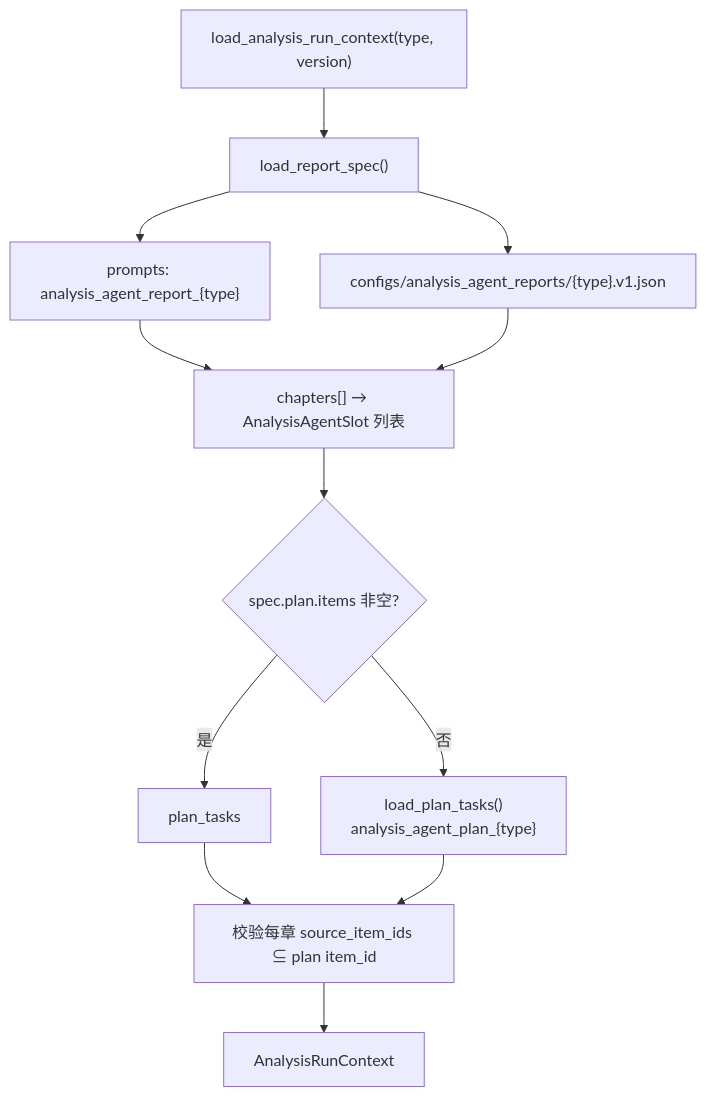
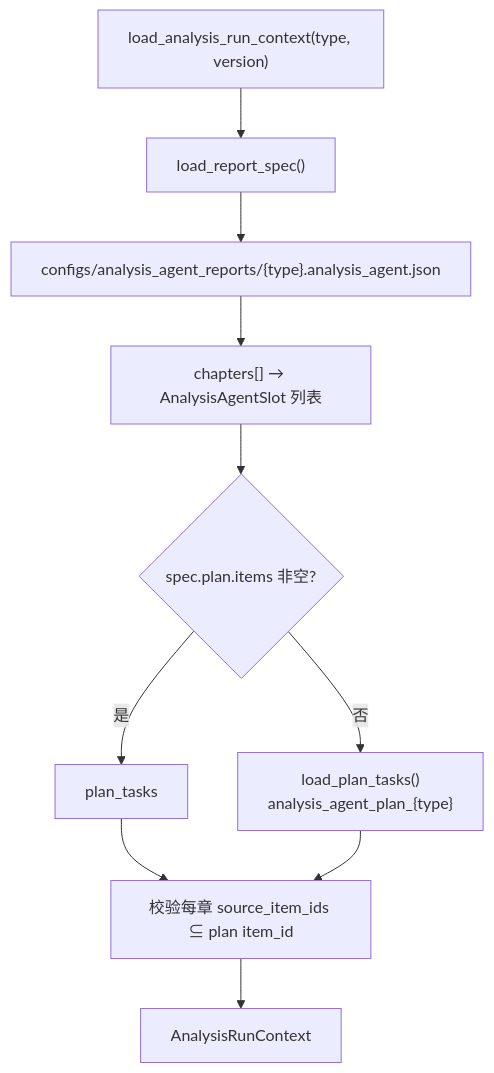
One commit to gaocf888/models_app_framework changed the second of 2 diagrams in enterprise-level_transformation_docs/综合分析智能体(analysis_agent)实现逻辑说明(代码).md. Above: the diagram before and after it, drawn with Mermaid. The commit also changed other lines of this file and 56 other files, not shown here.

````diff
--- a/enterprise-level_transformation_docs/综合分析智能体(analysis_agent)实现逻辑说明(代码).md
+++ b/enterprise-level_transformation_docs/综合分析智能体(analysis_agent)实现逻辑说明(代码).md
@@ -192,14 +128,12 @@
 ```mermaid
 flowchart TD
   A["load_analysis_run_context(type, version)"] --> B["load_report_spec()"]
-  B --> C["prompts: analysis_agent_report_{type}"]
-  B --> D["configs/analysis_agent_reports/{type}.v1.json"]
-  C --> E["chapters[] → AnalysisAgentSlot 列表"]
-  D --> E
+  B --> D["configs/analysis_agent_reports/{type}.analysis_agent.json"]
+  D --> E["chapters[] → AnalysisAgentSlot 列表"]
   E --> F{"spec.plan.items 非空?"}
   F -->|是| G["plan_tasks"]
   F -->|否| H["load_plan_tasks()<br/>analysis_agent_plan_{type}"]
   G --> I["校验每章 source_item_ids ⊆ plan item_id"]
   H --> I
   I --> J["AnalysisRunContext"]
 ```
````
